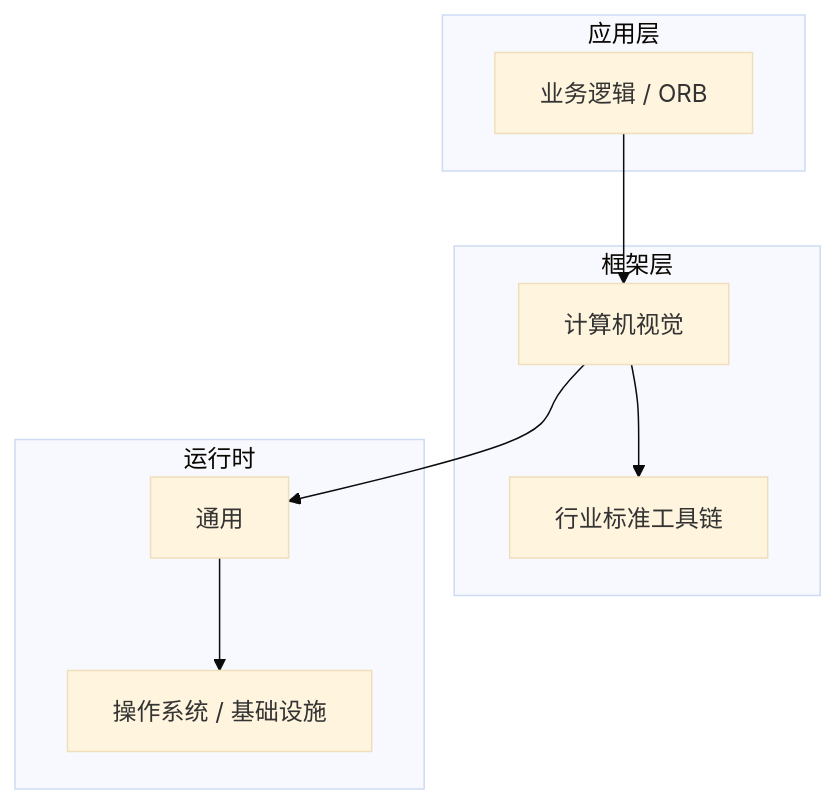
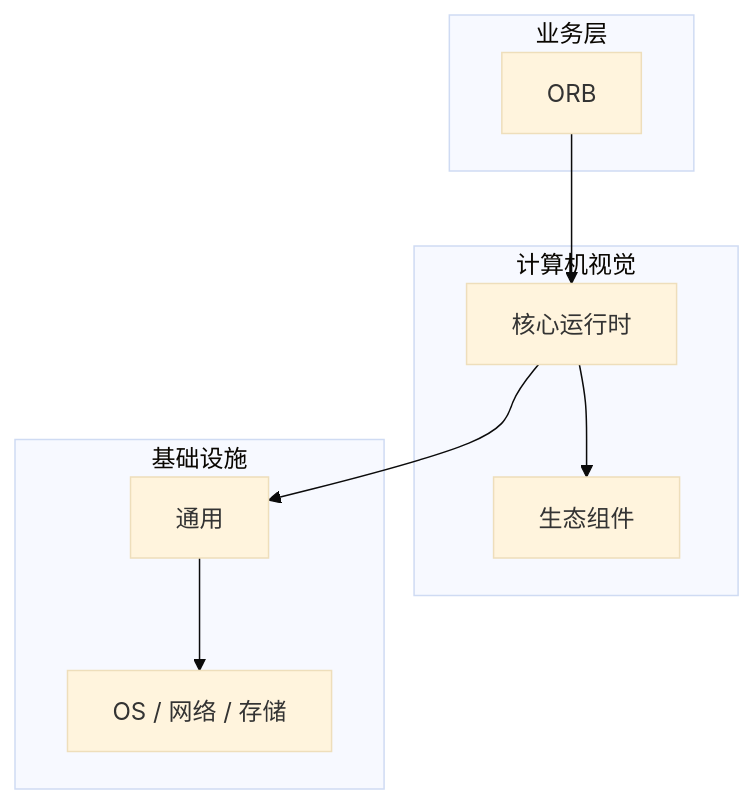
Before and after one commit to yanggan2015/knowledge-json-v2: the diagram in articles/计算机视觉/chapters/036-ORB核心概念与原理.md, drawn with Mermaid (base theme). The commit also changed other lines of this file and 10127 other files, not shown here.

````diff
--- a/articles/计算机视觉/chapters/036-ORB核心概念与原理.md
+++ b/articles/计算机视觉/chapters/036-ORB核心概念与原理.md
@@ -45,18 +30,18 @@
 ```mermaid
 graph TB
-    subgraph 应用层
-        A[业务逻辑 / ORB]
+    subgraph 业务层
+        A[ORB]
     end
-    subgraph 框架层
-        B[计算机视觉]
-        C[行业标准工具链]
+    subgraph 计算机视觉
+        B[核心运行时]
+        C[生态组件]
     end
-    subgraph 运行时
+    subgraph 基础设施
         D[通用]
-        E[操作系统 / 基础设施]
+        E[OS / 网络 / 存储]
     end
     A --> B
     B --> C
     B --> D
     D --> E
 ```
````
